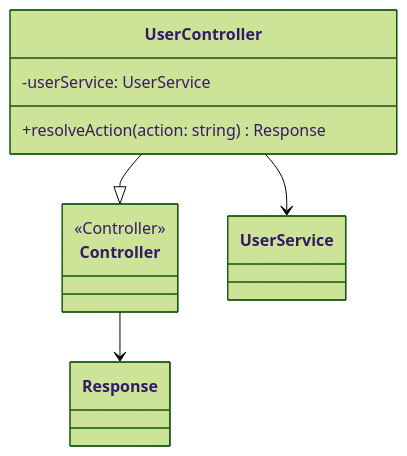
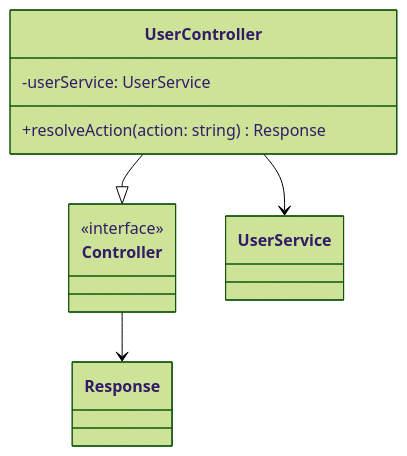
Before and after one commit to mb4dev/progetto-prova: the third of 7 diagrams in documentazione/UC02.md, drawn with Mermaid (forest theme). The commit also changed other lines of this file and 12 other files, not shown here.

````diff
--- a/documentazione/UC02.md
+++ b/documentazione/UC02.md
@@ -65,16 +67,16 @@
 ```mermaid
 classDiagram
 
 class Controller {
-    <<Controller>>
+    <<interface>>
 }
 
 class UserController {
     -userService: UserService
     +resolveAction(action: string) Response
 }
 
 UserController --|> Controller
 UserController --> UserService
 Controller --> Response
 ```
````
